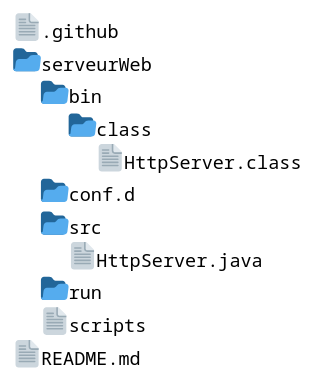
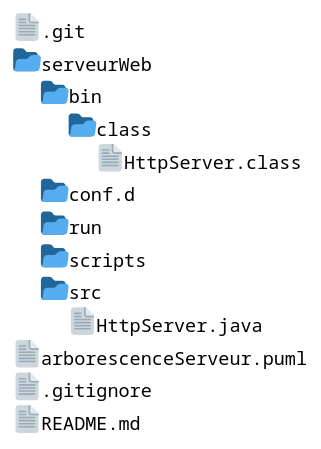
The diagram in arborescenceServeur.puml (Le-Madec-Jean/ServerWeb_GALLOIS_LE_MADEC), drawn with PlantUML before and after one commit. The commit also changed 1 other file, not shown here.

```diff
--- a/arborescenceServeur.puml
+++ b/arborescenceServeur.puml
@@ -1,11 +1,11 @@
 @startfiles
-/.github
+/.git
 /serveurWeb/bin/class/HttpServer.class
 /serveurWeb/conf.d/
+/serveurWeb/run/
+/serveurWeb/scripts/
 /serveurWeb/src/HttpServer.java
-/serveurWeb/run/
-/serveurWeb/scripts
-
+/arborescenceServeur.puml
+/.gitignore
 /README.md
-
 @endfiles
```
